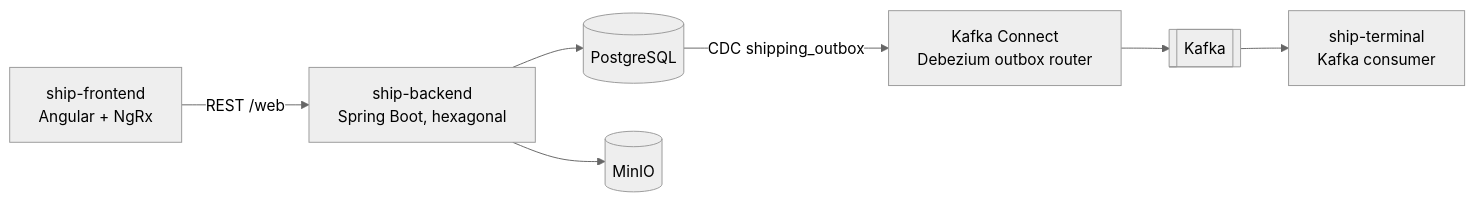
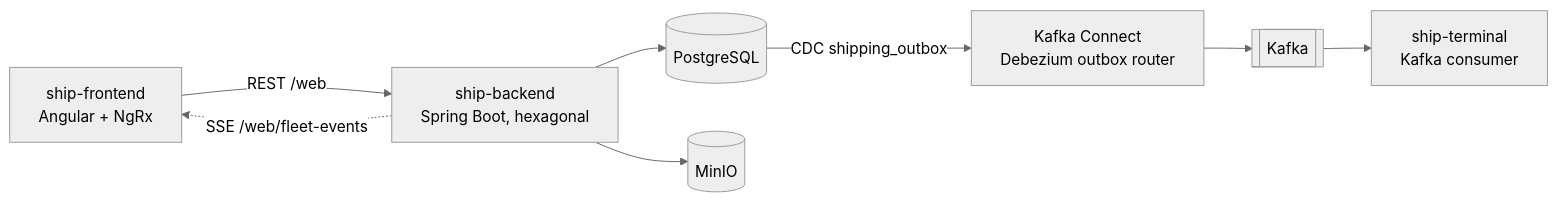
Before and after one commit to maurizio100/ddd-ship: the first of 3 diagrams in docs/arc42/05-building-blocks.md, drawn with Mermaid (neutral theme). The commit also changed other lines of this file and 11 other files, not shown here.

First line of the commit message:
docs: document the fleet-events stream, ADR-0006 and its Ingress

````diff
--- a/docs/arc42/05-building-blocks.md
+++ b/docs/arc42/05-building-blocks.md
@@ -7,14 +7,15 @@
 ```mermaid
 flowchart LR
     FE["ship-frontend<br/>Angular + NgRx"]
     BE["ship-backend<br/>Spring Boot, hexagonal"]
     DB[("PostgreSQL")]
     S3[("MinIO")]
     CDC["Kafka Connect<br/>Debezium outbox router"]
     K[["Kafka"]]
     TERM["ship-terminal<br/>Kafka consumer"]
     FE -->|"REST /web"| BE
+    BE -.->|"SSE /web/fleet-events"| FE
     BE --> DB
     BE --> S3
     DB -->|"CDC shipping_outbox"| CDC --> K --> TERM
 ```
````
